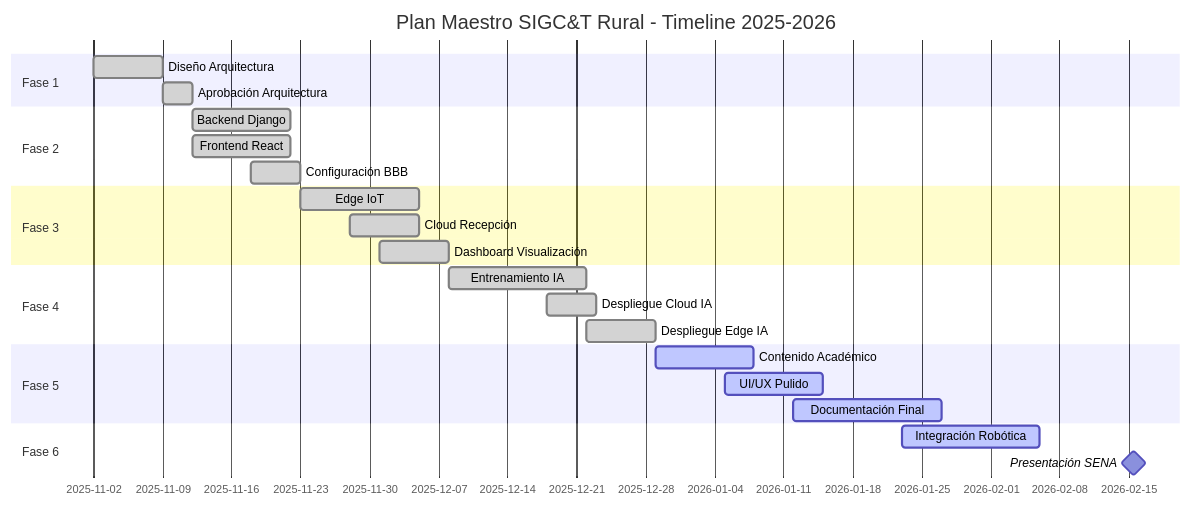
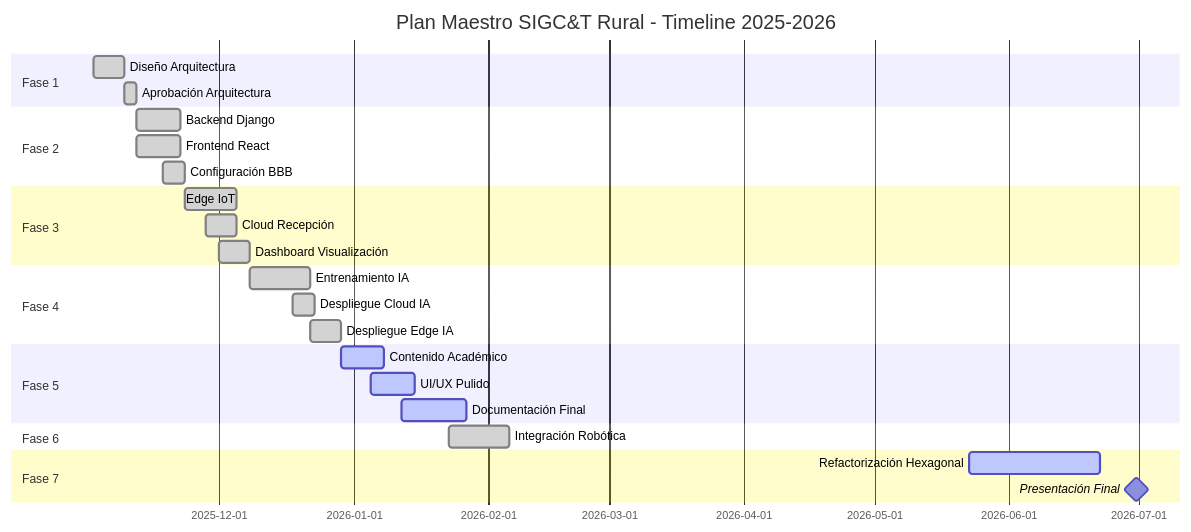
Before and after one commit to badolgm/sigcTiArural: the diagram in docs/PLAN_MAESTRO.md, drawn with Mermaid. The commit also changed other lines of this file and 34 other files, not shown here.

````diff
--- a/docs/PLAN_MAESTRO.md
+++ b/docs/PLAN_MAESTRO.md
@@ -30,27 +30,29 @@
 ```mermaid
 gantt
     title Plan Maestro SIGC&T Rural - Timeline 2025-2026
     dateFormat  YYYY-MM-DD
     section Fase 1
     Diseño Arquitectura           :done, f1, 2025-11-02, 7d
     Aprobación Arquitectura        :done, f1a, 2025-11-09, 3d
     section Fase 2
     Backend Django                 :done, f2a, 2025-11-12, 10d
     Frontend React                 :done, f2b, 2025-11-12, 10d
     Configuración BBB              :done, f2c, 2025-11-18, 5d
     section Fase 3
     Edge IoT                       :done, f3a, 2025-11-23, 12d
     Cloud Recepción                :done, f3b, 2025-11-28, 7d
     Dashboard Visualización        :done, f3c, 2025-12-01, 7d
     section Fase 4
     Entrenamiento IA               :done, f4a, 2025-12-08, 14d
     Despliegue Cloud IA            :done, f4b, 2025-12-18, 5d
     Despliegue Edge IA             :done, f4c, 2025-12-22, 7d
     section Fase 5
     Contenido Académico            :active, f5a, 2025-12-29, 10d
     UI/UX Pulido                   :active, f5b, 2026-01-05, 10d
     Documentación Final            :active, f5c, 2026-01-12, 15d
     section Fase 6
-    Integración Robótica           :active, f6a, 2026-01-23, 14d
-    Presentación SENA              :milestone, 2026-02-15, 1d
+    Integración Robótica           :done, f6a, 2026-01-23, 14d
+    section Fase 7
+    Refactorización Hexagonal      :active, f7a, 2026-05-23, 30d
+    Presentación Final             :milestone, 2026-06-30, 1d
 ```
````
